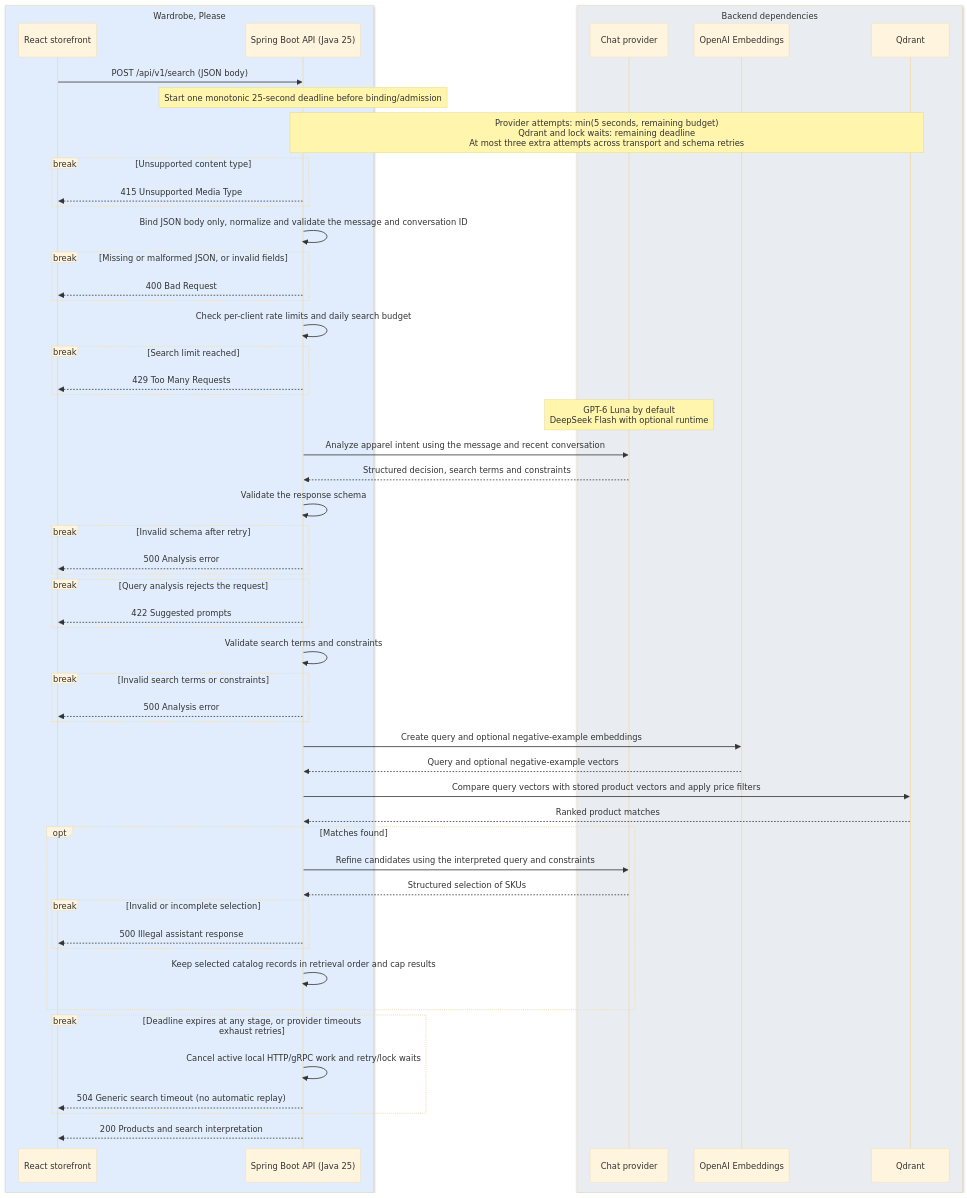
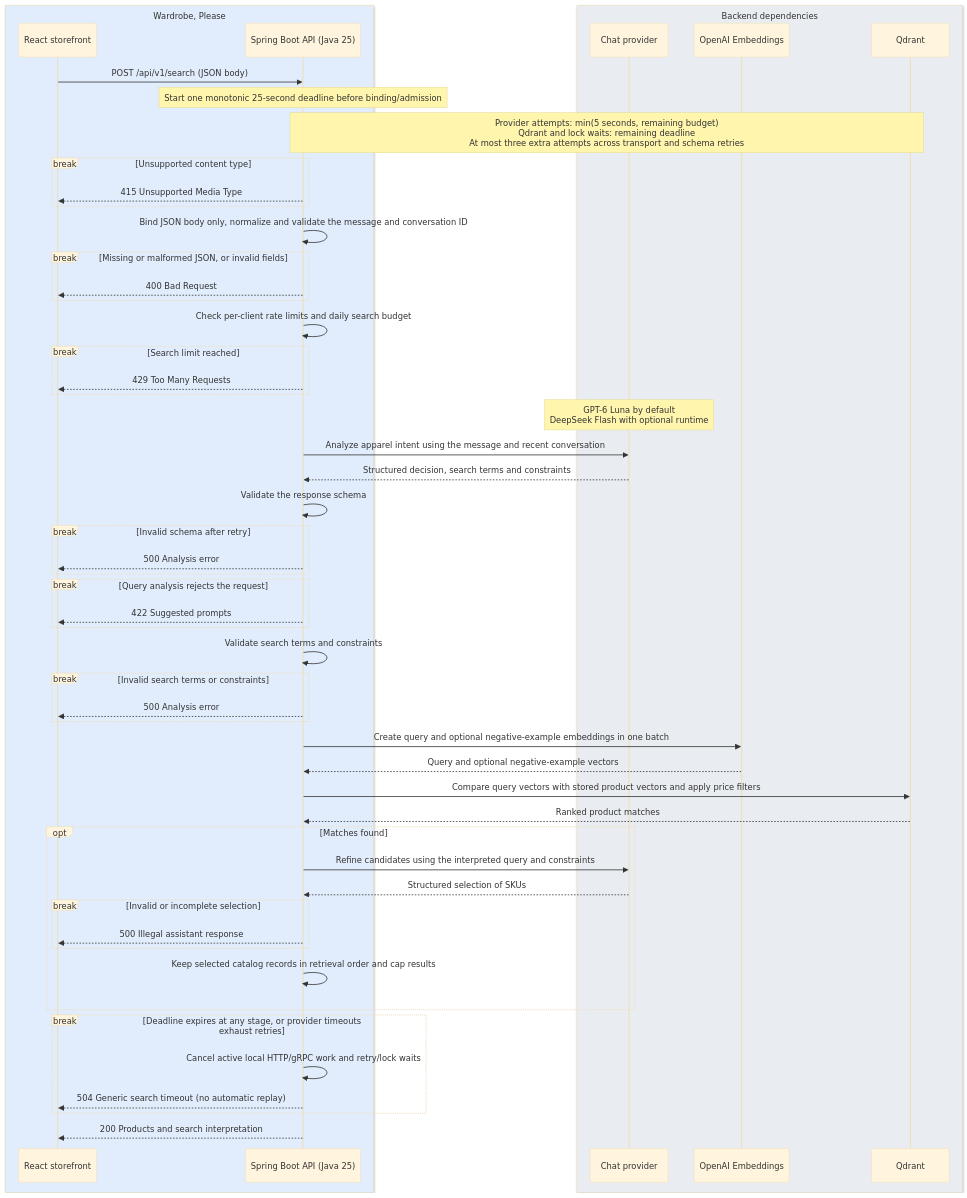
The first of 3 diagrams in docs/architecture.md (vladimirshu/wardrobe-please), drawn with Mermaid (base theme) before and after one commit. The commit also changed other lines of this file and 36 other files, not shown here.

````diff
--- a/docs/architecture.md
+++ b/docs/architecture.md
@@ -7,64 +7,64 @@
 ```mermaid
 sequenceDiagram
     box rgb(225, 237, 252) Wardrobe, Please
         participant Shop as React storefront
         participant API as Spring Boot API (Java 25)
     end
     box rgb(233, 237, 241) Backend dependencies
         participant Chat as Chat provider
         participant Embed as OpenAI Embeddings
         participant DB as Qdrant
     end
 
     Shop->>API: POST /api/v1/search (JSON body)
     Note over API: Start one monotonic 25-second deadline before binding/admission
     Note over API,DB: Provider attempts: min(5 seconds, remaining budget)<br/>Qdrant and lock waits: remaining deadline<br/>At most three extra attempts across transport and schema retries
     break Unsupported content type
         API-->>Shop: 415 Unsupported Media Type
     end
     API->>API: Bind JSON body only, normalize and validate the message and conversation ID
     break Missing or malformed JSON, or invalid fields
         API-->>Shop: 400 Bad Request
     end
 
     API->>API: Check per-client rate limits and daily search budget
     break Search limit reached
         API-->>Shop: 429 Too Many Requests
     end
 
     Note over Chat: GPT-6 Luna by default<br/>DeepSeek Flash with optional runtime
     API->>Chat: Analyze apparel intent using the message and recent conversation
     Chat-->>API: Structured decision, search terms and constraints
 
     API->>API: Validate the response schema
     break Invalid schema after retry
         API-->>Shop: 500 Analysis error
     end
 
     break Query analysis rejects the request
         API-->>Shop: 422 Suggested prompts
     end
 
     API->>API: Validate search terms and constraints
     break Invalid search terms or constraints
         API-->>Shop: 500 Analysis error
     end
 
-    API->>Embed: Create query and optional negative-example embeddings
+    API->>Embed: Create query and optional negative-example embeddings in one batch
     Embed-->>API: Query and optional negative-example vectors
     API->>DB: Compare query vectors with stored product vectors and apply price filters
     DB-->>API: Ranked product matches
     opt Matches found
         API->>Chat: Refine candidates using the interpreted query and constraints
         Chat-->>API: Structured selection of SKUs
         break Invalid or incomplete selection
             API-->>Shop: 500 Illegal assistant response
         end
         API->>API: Keep selected catalog records in retrieval order and cap results
     end
     break Deadline expires at any stage, or provider timeouts exhaust retries
         API->>API: Cancel active local HTTP/gRPC work and retry/lock waits
         API-->>Shop: 504 Generic search timeout (no automatic replay)
     end
     API-->>Shop: 200 Products and search interpretation
 ```
````
